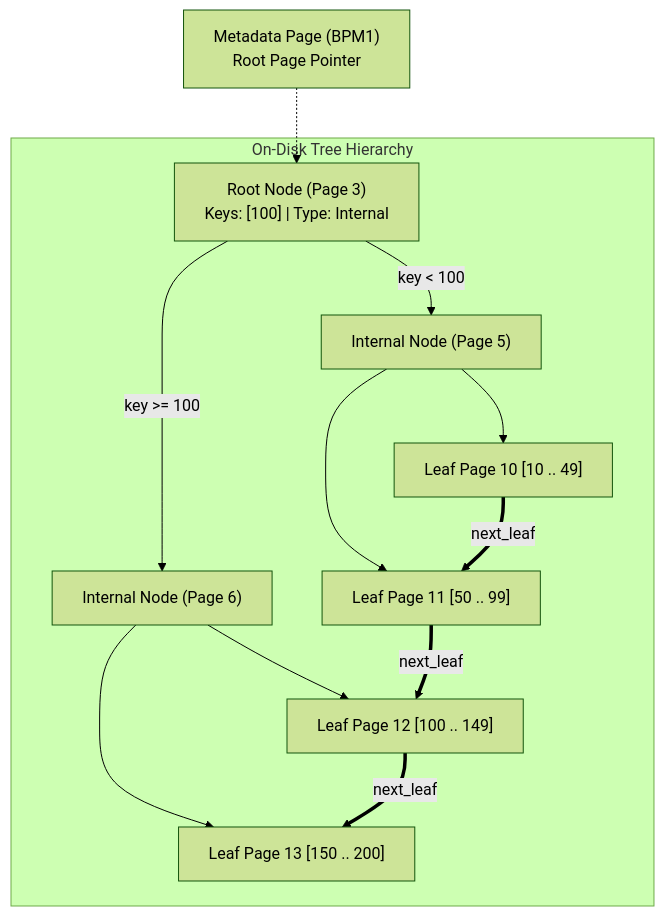
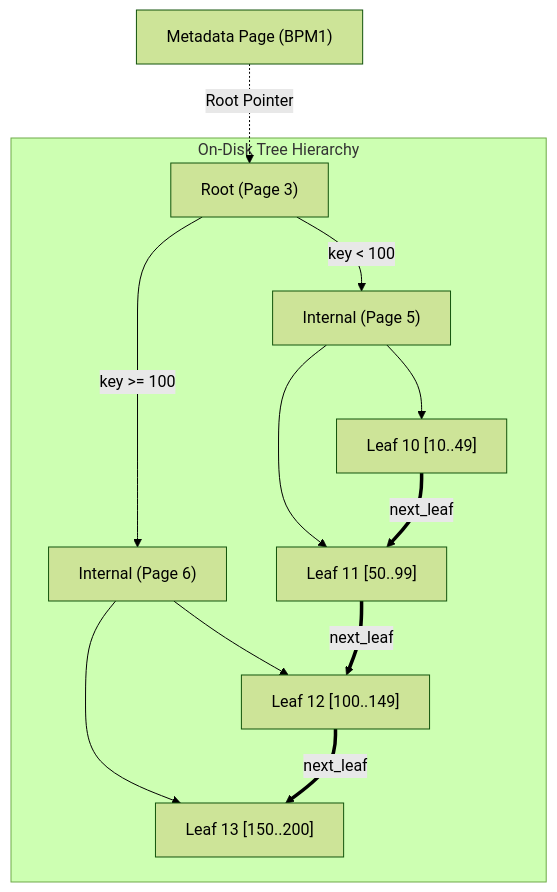
One commit to KAAZamapiloT/QUARTZ_DB changed the diagram in docs/concepts/indexing.md. Above: the diagram before and after it, drawn with Mermaid (forest theme). The commit also changed other lines of this file and 27 other files, not shown here.

````diff
--- a/docs/concepts/indexing.md
+++ b/docs/concepts/indexing.md
@@ -9,19 +9,18 @@
 ```mermaid
 graph TD
-    Meta["Metadata Page (BPM1)<br>Root Page Pointer"] -.-> Root
+    Meta["Metadata Page (BPM1)"] -.->|Root Pointer| Root
     
     subgraph TreeNodes ["On-Disk Tree Hierarchy"]
-        Root["Root Node (Page 3)<br>Keys: [100] | Type: Internal"]
-        Root -->|key < 100| LeftInt["Internal Node (Page 5)"]
-        Root -->|key >= 100| RightInt["Internal Node (Page 6)"]
+        Root["Root (Page 3)"] -->|key &lt; 100| LeftInt["Internal (Page 5)"]
+        Root -->|key &gt;= 100| RightInt["Internal (Page 6)"]
 
-        LeftInt --> L1["Leaf Page 10 [10 .. 49]"]
-        LeftInt --> L2["Leaf Page 11 [50 .. 99]"]
-        RightInt --> L3["Leaf Page 12 [100 .. 149]"]
-        RightInt --> L4["Leaf Page 13 [150 .. 200]"]
+        LeftInt --> L1["Leaf 10 [10..49]"]
+        LeftInt --> L2["Leaf 11 [50..99]"]
+        RightInt --> L3["Leaf 12 [100..149]"]
+        RightInt --> L4["Leaf 13 [150..200]"]
 
         L1 ==>|next_leaf| L2
         L2 ==>|next_leaf| L3
         L3 ==>|next_leaf| L4
     end
 ```
````
